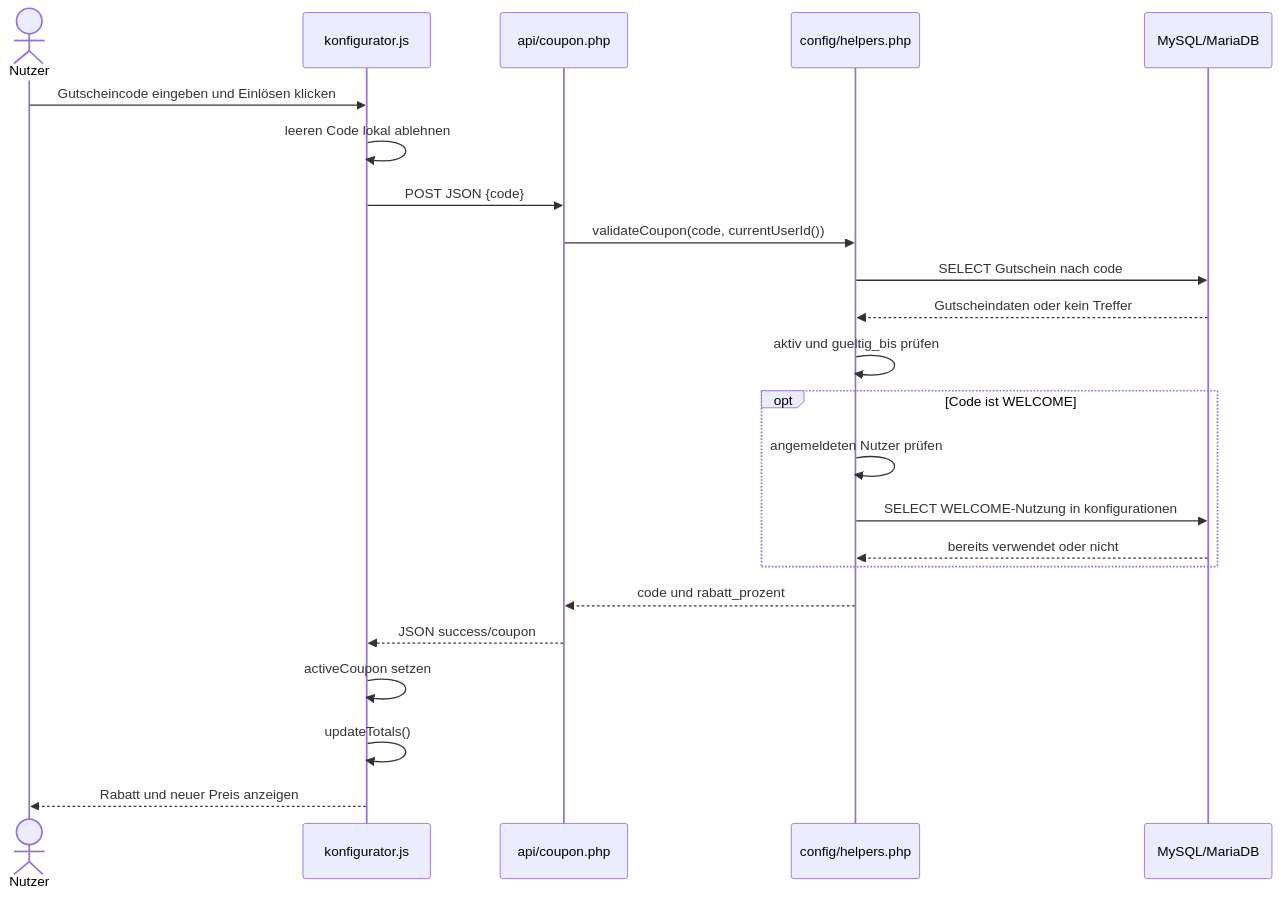
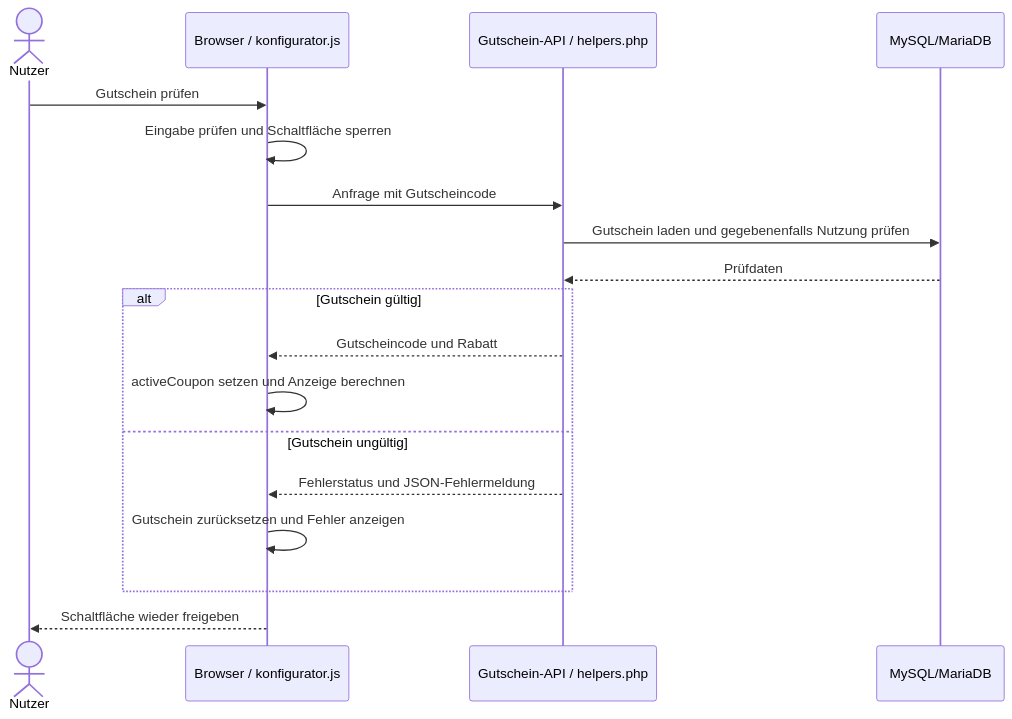
The third of 4 diagrams in docs/arch/A06 - Laufzeitsicht.md (Familienmann89/Pizza-Tracker-), drawn with Mermaid before and after one commit. The commit also changed other lines of this file, not shown here.

Commit message:
docs(arch): align runtime scenarios with current implementation

````diff
--- a/docs/arch/A06 - Laufzeitsicht.md
+++ b/docs/arch/A06 - Laufzeitsicht.md
@@ -214,26 +125,20 @@
 ```mermaid
 sequenceDiagram
     actor N as Nutzer
-    participant J as konfigurator.js
-    participant A as api/coupon.php
-    participant H as config/helpers.php
-    participant DB as MySQL/MariaDB
-
-    N->>J: Gutscheincode eingeben und Einlösen klicken
-    J->>J: leeren Code lokal ablehnen
-    J->>A: POST JSON {code}
-    A->>H: validateCoupon(code, currentUserId())
-    H->>DB: SELECT Gutschein nach code
-    DB-->>H: Gutscheindaten oder kein Treffer
-    H->>H: aktiv und gueltig_bis prüfen
-    opt Code ist WELCOME
-        H->>H: angemeldeten Nutzer prüfen
-        H->>DB: SELECT WELCOME-Nutzung in konfigurationen
-        DB-->>H: bereits verwendet oder nicht
+    participant B as Browser / konfigurator.js
+    participant A as Gutschein-API / helpers.php
+    participant D as MySQL/MariaDB
+    N->>B: Gutschein prüfen
+    B->>B: Eingabe prüfen und Schaltfläche sperren
+    B->>A: Anfrage mit Gutscheincode
+    A->>D: Gutschein laden und gegebenenfalls Nutzung prüfen
+    D-->>A: Prüfdaten
+    alt Gutschein gültig
+        A-->>B: Gutscheincode und Rabatt
+        B->>B: activeCoupon setzen und Anzeige berechnen
+    else Gutschein ungültig
+        A-->>B: Fehlerstatus und JSON-Fehlermeldung
+        B->>B: Gutschein zurücksetzen und Fehler anzeigen
     end
-    H-->>A: code und rabatt_prozent
-    A-->>J: JSON success/coupon
-    J->>J: activeCoupon setzen
-    J->>J: updateTotals()
-    J-->>N: Rabatt und neuer Preis anzeigen
+    B-->>N: Schaltfläche wieder freigeben
 ```
````
